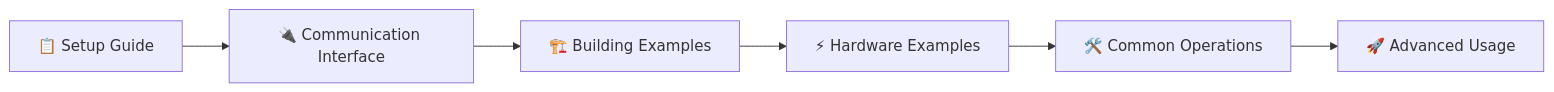
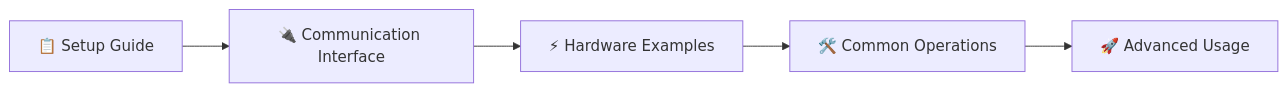
The diagram in docs/index.md (N3b3x/hf-tmc9660-driver), drawn with Mermaid before and after one commit. The commit also changed other lines of this file and 14 other files, not shown here.

````diff
--- a/docs/index.md
+++ b/docs/index.md
@@ -25,8 +25,7 @@
 ```mermaid
 graph LR
     A[📋 Setup Guide] --> B[🔌 Communication Interface]
-    B --> C[🏗️ Building Examples]
-    C --> D[⚡ Hardware Examples]
-    D --> E[🛠️ Common Operations]
-    E --> F[🚀 Advanced Usage]
+    B --> C[⚡ Hardware Examples]
+    C --> D[🛠️ Common Operations]
+    D --> E[🚀 Advanced Usage]
 ```
````
